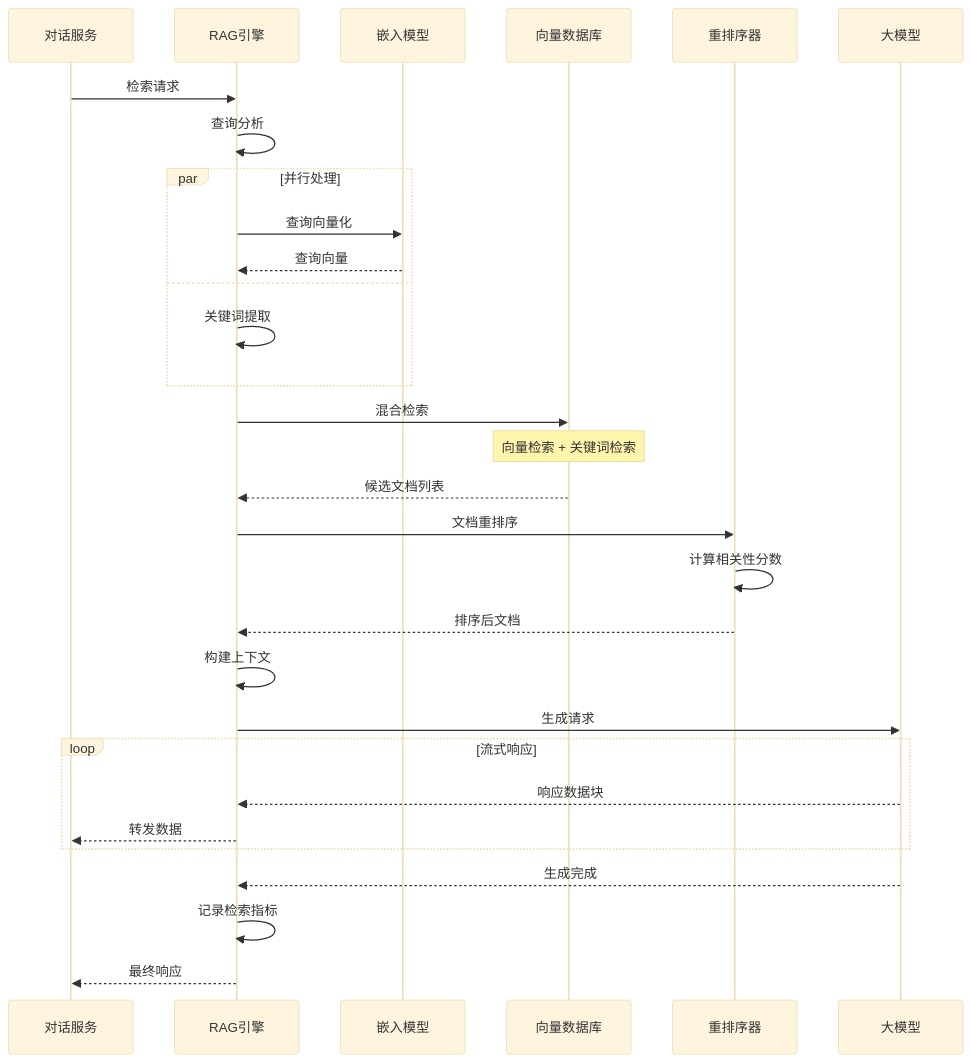
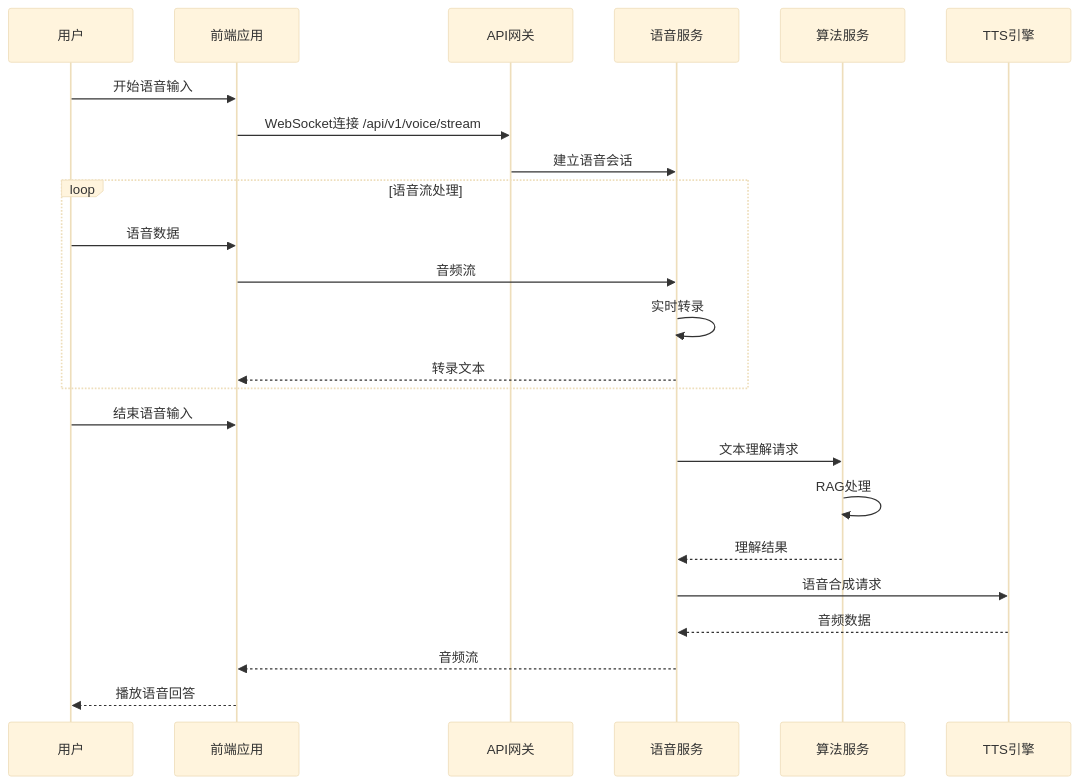
Before and after one commit to haoyunlt/voicehelper: the fifth of 7 diagrams in docs/ARCHITECTURE_DEEP_DIVE.md, drawn with Mermaid (base theme). The commit also changed other lines of this file, not shown here.

````diff
--- a/docs/ARCHITECTURE_DEEP_DIVE.md
+++ b/docs/ARCHITECTURE_DEEP_DIVE.md
@@ -1309,39 +3902,29 @@
 ```mermaid
 sequenceDiagram
-    participant C as 对话服务
-    participant R as RAG引擎
-    participant E as 嵌入模型
-    participant V as 向量数据库
-    participant RR as 重排序器
-    participant L as 大模型
+    participant U as 用户
+    participant F as 前端应用
+    participant G as API网关
+    participant V as 语音服务
+    participant A as 算法服务
+    participant T as TTS引擎
 
-    C->>R: 检索请求
-    R->>R: 查询分析
+    U->>F: 开始语音输入
+    F->>G: WebSocket连接 /api/v1/voice/stream
+    G->>V: 建立语音会话
     
-    par 并行处理
-        R->>E: 查询向量化
-        E-->>R: 查询向量
-    and
-        R->>R: 关键词提取
+    loop 语音流处理
+        U->>F: 语音数据
+        F->>V: 音频流
+        V->>V: 实时转录
+        V-->>F: 转录文本
     end
     
-    R->>V: 混合检索
-    Note over V: 向量检索 + 关键词检索
-    V-->>R: 候选文档列表
-    
-    R->>RR: 文档重排序
-    RR->>RR: 计算相关性分数
-    RR-->>R: 排序后文档
-    
-    R->>R: 构建上下文
-    R->>L: 生成请求
-    
-    loop 流式响应
-        L-->>R: 响应数据块
-        R-->>C: 转发数据
-    end
-    
-    L-->>R: 生成完成
-    R->>R: 记录检索指标
-    R-->>C: 最终响应
+    U->>F: 结束语音输入
+    V->>A: 文本理解请求
+    A->>A: RAG处理
+    A-->>V: 理解结果
+    V->>T: 语音合成请求
+    T-->>V: 音频数据
+    V-->>F: 音频流
+    F-->>U: 播放语音回答
 ```
````
